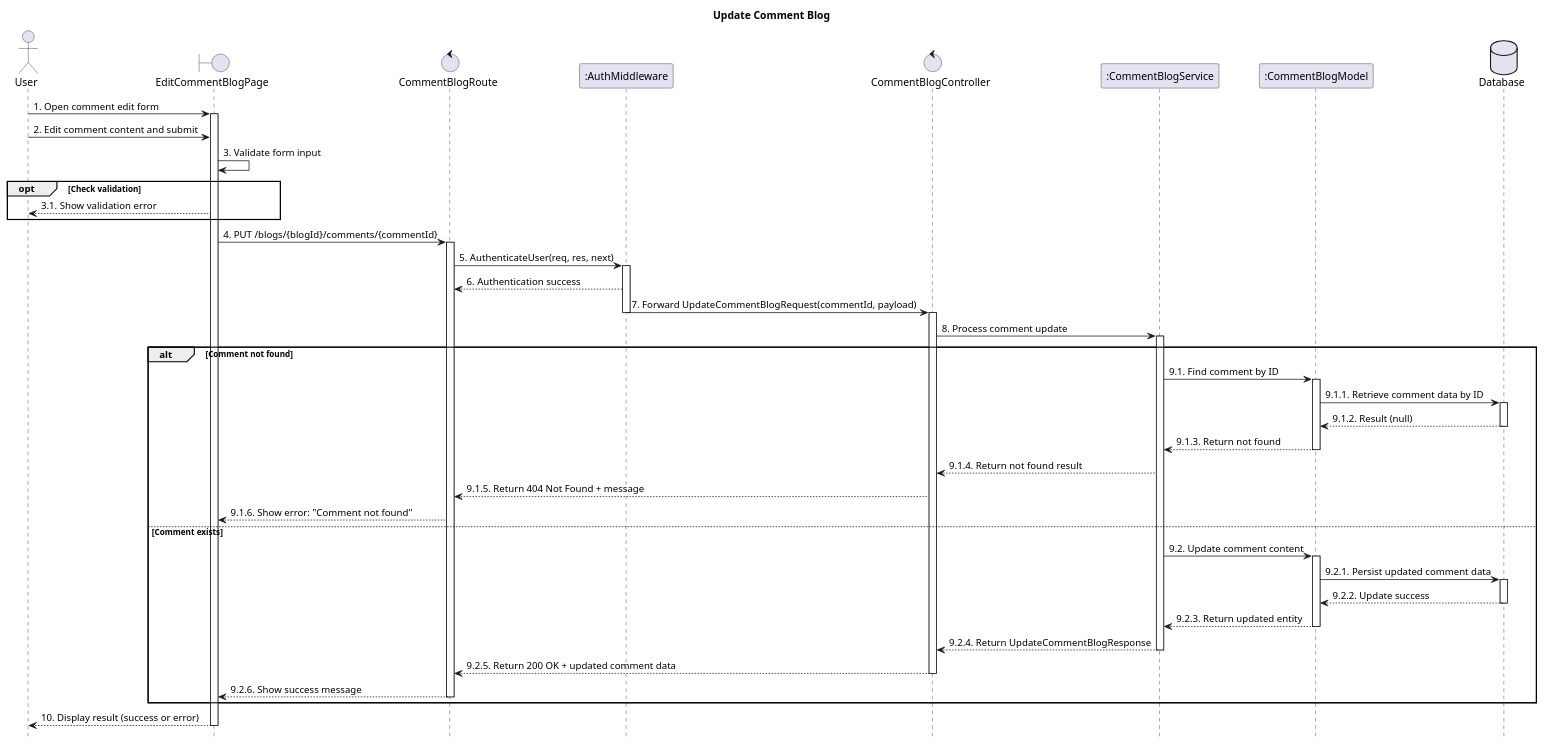
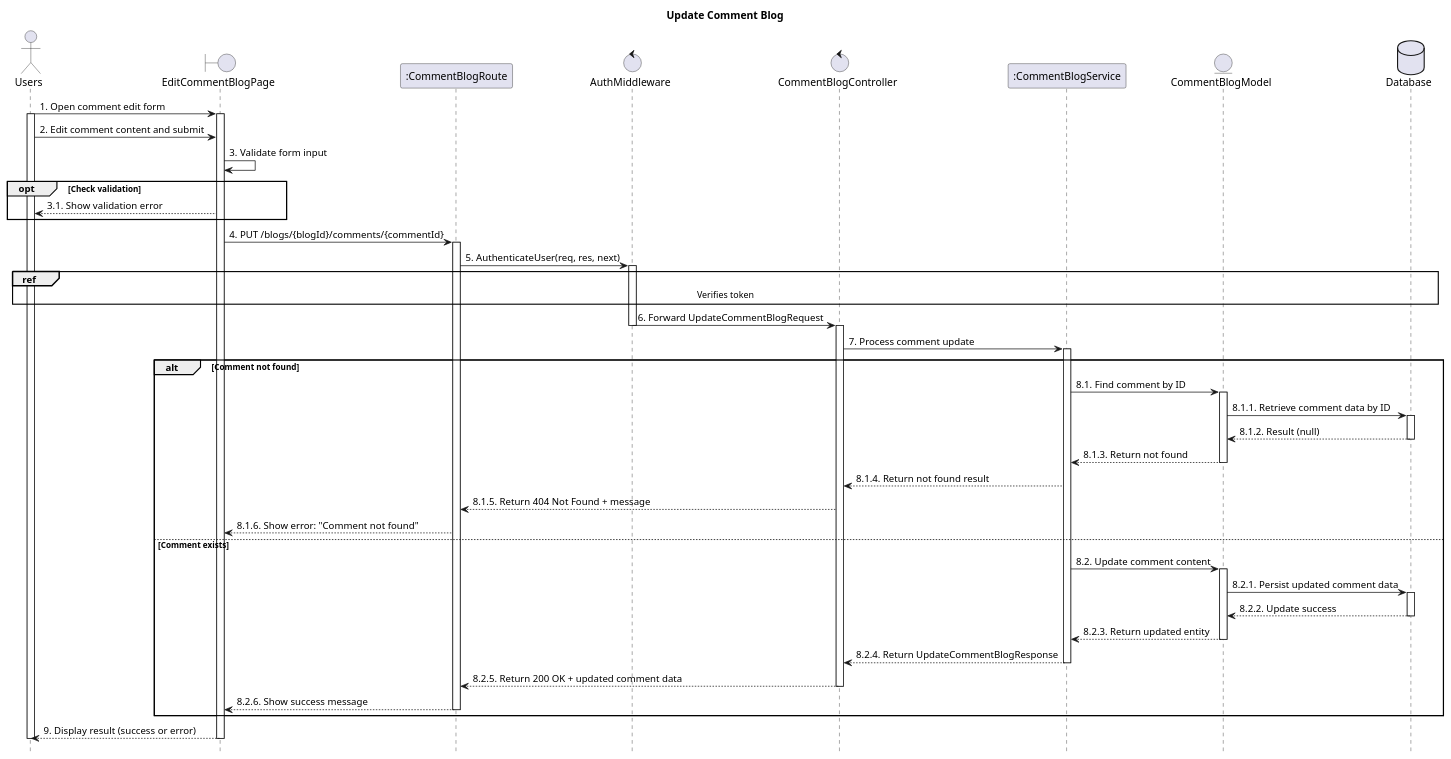
One commit to VietDurian/VietDurian changed the diagram in planuml/web/16.3_updateCommentBlog.puml. Above: the diagram before and after it, drawn with PlantUML. The commit also changed 29 other files, not shown here.

Commit message:
Adjust sequence for Web

```diff
--- a/planuml/web/16.3_updateCommentBlog.puml
+++ b/planuml/web/16.3_updateCommentBlog.puml
@@ -1,74 +1,76 @@
 @startuml 16.3_updateCommentBlog
 hide footbox
 title Update Comment Blog
 
-actor User
+actor User as "Users"
 boundary EditCommentBlogPage as View
-control CommentBlogRoute as Route
-participant ":AuthMiddleware" as Middleware
+participant ":CommentBlogRoute" as Route
+control "AuthMiddleware" as Middleware
 control "CommentBlogController" as Controller
 participant ":CommentBlogService" as Service
-participant ":CommentBlogModel" as Model
+entity "CommentBlogModel" as Model
 database Database as Database
 
 User -> View : 1. Open comment edit form
 activate View
+activate User
 
 User -> View : 2. Edit comment content and submit
 View -> View : 3. Validate form input
 
 opt Check validation
     View --> User : 3.1. Show validation error
 end
 
     View -> Route : 4. PUT /blogs/{blogId}/comments/{commentId}
     activate Route
 
     Route -> Middleware : 5. AuthenticateUser(req, res, next)
     activate Middleware
-    Middleware --> Route : 6. Authentication success
-    Middleware -> Controller : 7. Forward UpdateCommentBlogRequest(commentId, payload)
+    ref over User, Database : Verifies token
+    Middleware -> Controller : 6. Forward UpdateCommentBlogRequest
     deactivate Middleware
     activate Controller
 
-    Controller -> Service : 8. Process comment update
+    Controller -> Service : 7. Process comment update
     activate Service
 
 alt Comment not found
-    Service -> Model : 9.1. Find comment by ID
+    Service -> Model : 8.1. Find comment by ID
     activate Model
 
-    Model -> Database : 9.1.1. Retrieve comment data by ID
+    Model -> Database : 8.1.1. Retrieve comment data by ID
     activate Database
-    Database --> Model : 9.1.2. Result (null)
+    Database --> Model : 8.1.2. Result (null)
     deactivate Database
 
-    Model --> Service : 9.1.3. Return not found
+    Model --> Service : 8.1.3. Return not found
     deactivate Model
 
-        Service --> Controller : 9.1.4. Return not found result
-        Controller --> Route : 9.1.5. Return 404 Not Found + message
-        Route --> View : 9.1.6. Show error: "Comment not found"
+        Service --> Controller : 8.1.4. Return not found result
+        Controller --> Route : 8.1.5. Return 404 Not Found + message
+        Route --> View : 8.1.6. Show error: "Comment not found"
 else Comment exists
-        Service -> Model : 9.2. Update comment content
+        Service -> Model : 8.2. Update comment content
         activate Model
 
-        Model -> Database : 9.2.1. Persist updated comment data
+        Model -> Database : 8.2.1. Persist updated comment data
         activate Database
-        Database --> Model : 9.2.2. Update success
+        Database --> Model : 8.2.2. Update success
         deactivate Database
 
-        Model --> Service : 9.2.3. Return updated entity
+        Model --> Service : 8.2.3. Return updated entity
         deactivate Model
 
-        Service --> Controller : 9.2.4. Return UpdateCommentBlogResponse
+        Service --> Controller : 8.2.4. Return UpdateCommentBlogResponse
         deactivate Service
-        Controller --> Route : 9.2.5. Return 200 OK + updated comment data
+        Controller --> Route : 8.2.5. Return 200 OK + updated comment data
         deactivate Controller
-        Route --> View : 9.2.6. Show success message
+        Route --> View : 8.2.6. Show success message
         deactivate Route
 end
 
-View --> User : 10. Display result (success or error)
+View --> User : 9. Display result (success or error)
 deactivate View
+deactivate User
 @enduml
```
